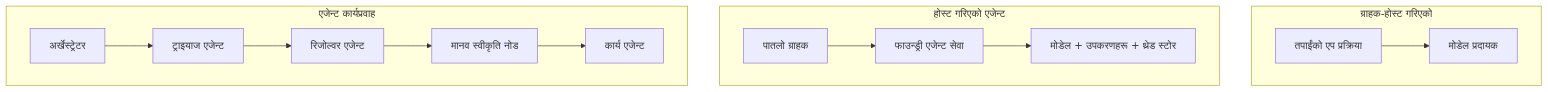
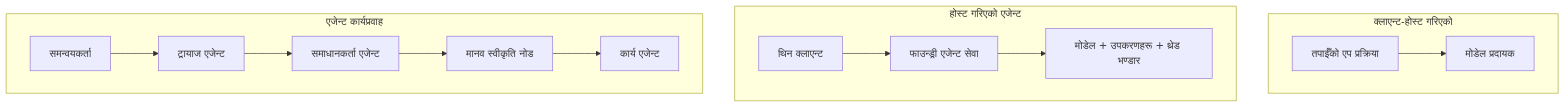
One commit to gabrielmoreira/agent-skills-mirror changed the first of 4 diagrams in mirrors/repos/microsoft@ai-agents-for-beginners/translations/ne/16-deploying-scalable-agents/README.md. Above: the diagram before and after it, drawn with Mermaid. The commit also changed other lines of this file and 4262 other files, not shown here.

````diff
--- a/mirrors/repos/microsoft@ai-agents-for-beginners/translations/ne/16-deploying-scalable-agents/README.md
+++ b/mirrors/repos/microsoft@ai-agents-for-beginners/translations/ne/16-deploying-scalable-agents/README.md
@@ -87,16 +87,16 @@
 ```mermaid
 flowchart TB
-    subgraph P1[ग्राहक-होस्ट गरिएको]
-        A1[तपाईंको एप प्रक्रिया] --> M1[मोडेल प्रदायक]
+    subgraph P1[क्लाएन्ट-होस्ट गरिएको]
+        A1[तपाईँको एप प्रक्रिया] --> M1[मोडेल प्रदायक]
     end
     subgraph P2[होस्ट गरिएको एजेन्ट]
-        A2[पातलो ग्राहक] --> F2[फाउन्ड्री एजेन्ट सेवा]
-        F2 --> M2[मोडेल + उपकरणहरू + थ्रेड स्टोर]
+        A2[थिन क्लाएन्ट] --> F2[फाउन्ड्री एजेन्ट सेवा]
+        F2 --> M2[मोडेल + उपकरणहरू + थ्रेड भण्डार]
     end
     subgraph P3[एजेन्ट कार्यप्रवाह]
-        A3[अर्खेस्ट्रेटर] --> S1[ट्राइयाज एजेन्ट]
-        S1 --> S2[रिजोल्वर एजेन्ट]
+        A3[समन्वयकर्ता] --> S1[ट्रायाज एजेन्ट]
+        S1 --> S2[समाधानकर्ता एजेन्ट]
         S2 --> H[मानव स्वीकृति नोड]
         H --> S3[कार्य एजेन्ट]
     end
 ```
````
